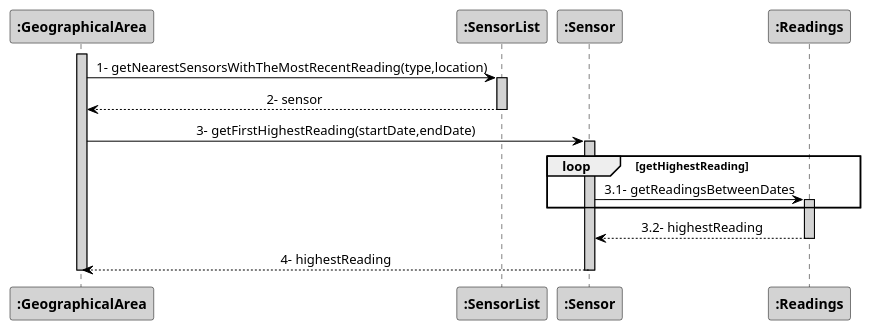
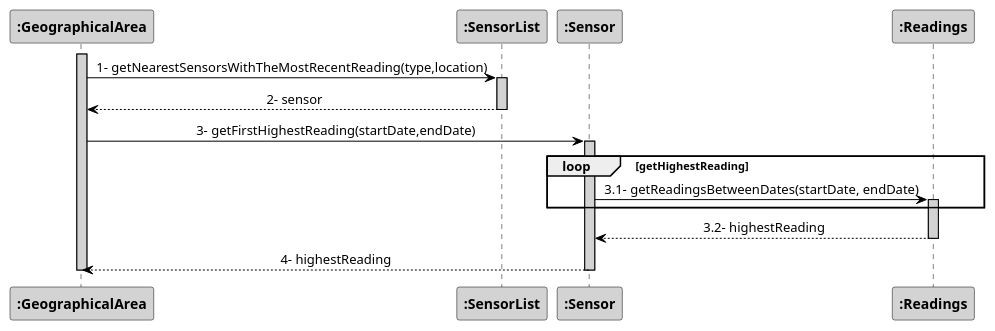
The diagram in src/main/java/pt/ipp/isep/dei/project/controllers/getfirsthottestdayhouseareacontroller/SD_ref3_getFirstHottestDayHouseArea.puml (1181687/hateoasToy), drawn with PlantUML before and after one commit. The commit also changed 2 other files, not shown here.

Commit message:
Addresses #121 - changes to sequence diagrams

```diff
--- a/src/main/java/pt/ipp/isep/dei/project/controllers/getfirsthottestdayhouseareacontroller/SD_ref3_getFirstHottestDayHouseArea.puml
+++ b/src/main/java/pt/ipp/isep/dei/project/controllers/getfirsthottestdayhouseareacontroller/SD_ref3_getFirstHottestDayHouseArea.puml
@@ -1,37 +1,37 @@
 @startuml
 skinparam sequenceMessageAlign center
 skinparam sequence {
    ArrowColor Black
    ActorBorderColor DarkBlue
    LifeLineBorderColor black
    LifeLineBackgroundColor LightGrey
 
    ParticipantBorderColor Black
    ParticipantBackgroundColor LightGrey
    ParticipantFontStyle Bold
 
    ActorBackgroundColor DimGrey
    ActorFontColor DeepSkyBlue
    ActorFontStyle Bold
    ActorFontSize 17
    ActorFontName Aapex
 }
 activate ":GeographicalArea"
 ":GeographicalArea" ->":SensorList": 1- getNearestSensorsWithTheMostRecentReading(type,location)
 activate ":SensorList"
 ":SensorList" --> ":GeographicalArea": 2- sensor
 deactivate ":SensorList"
 ":GeographicalArea" -> ":Sensor":3- getFirstHighestReading(startDate,endDate)
 activate ":Sensor"
 loop getHighestReading
-":Sensor" -> ":Readings": 3.1- getReadingsBetweenDates
+":Sensor" -> ":Readings": 3.1- getReadingsBetweenDates(startDate, endDate)
 activate ":Readings"
 end
 ":Readings" --> ":Sensor" :3.2- highestReading
 deactivate ":Readings"
 
 ":Sensor" --> ":GeographicalArea": 4- highestReading
 deactivate ":Sensor"
 deactivate ":GeographicalArea"
 
 @enduml
```
